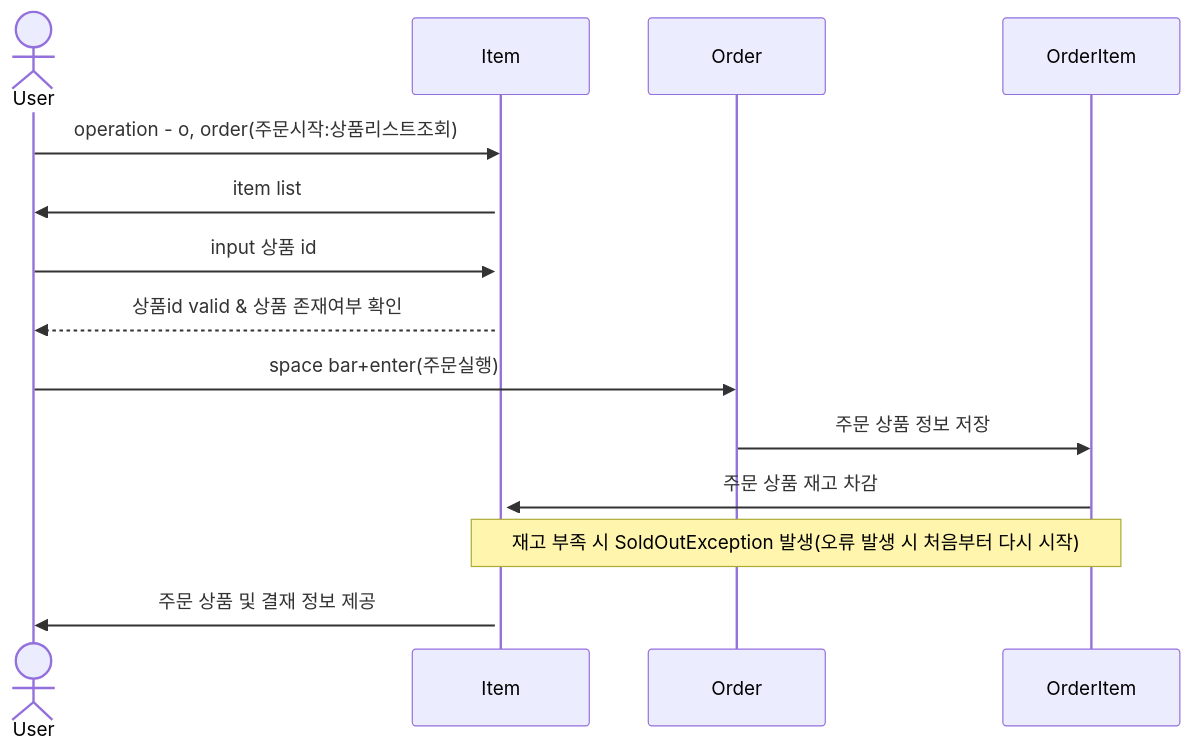
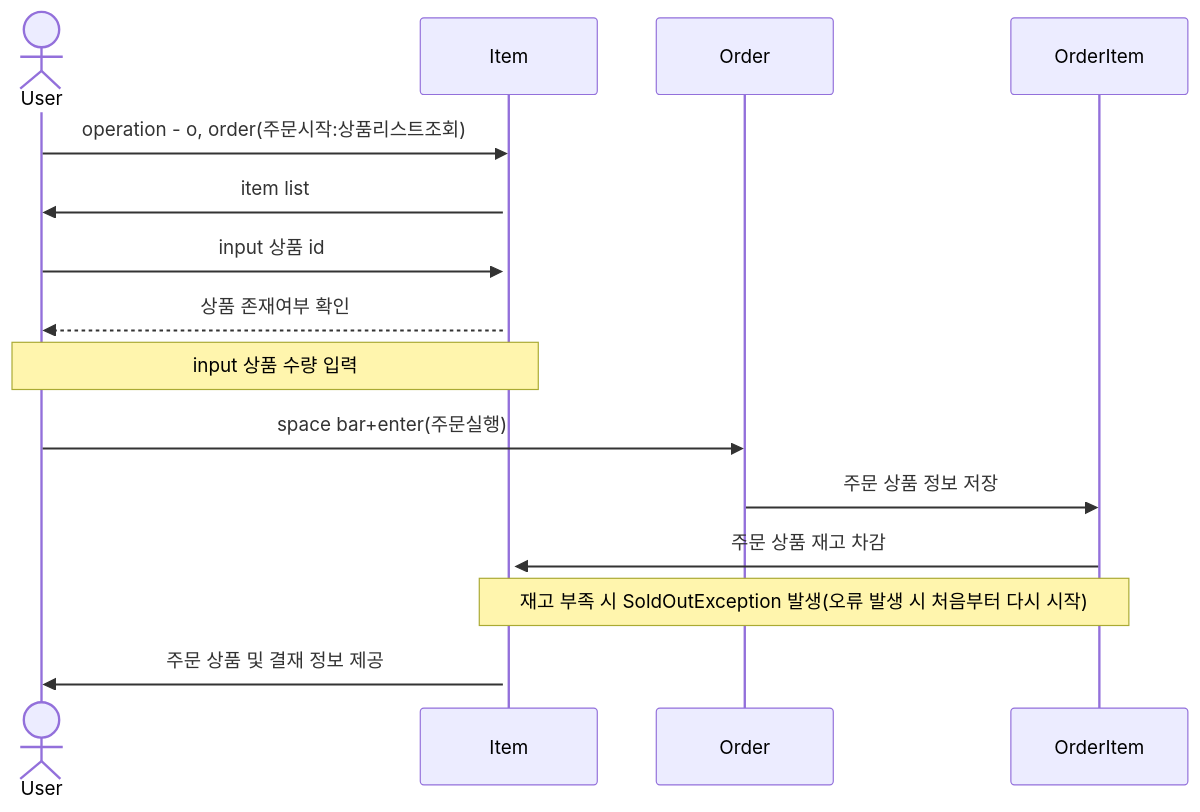
Before and after one commit to chaechaeyi/console_order_program: the diagram in README.md, drawn with Mermaid.

````diff
--- a/README.md
+++ b/README.md
@@ -22,17 +22,18 @@
 ```mermaid
 sequenceDiagram
     actor User
     participant Item
     participant Order
     participant OrderItem
     User->>Item: operation - o, order(주문시작:상품리스트조회)
     activate Item
     Item->>User: item list
     User->>Item: input 상품 id
-    Item-->>User: 상품id valid & 상품 존재여부 확인
+    Item-->>User: 상품 존재여부 확인
+    Note over User, Item: input 상품 수량 입력
     User->>Order: space bar+enter(주문실행)
     Order->>OrderItem: 주문 상품 정보 저장
     OrderItem->>Item: 주문 상품 재고 차감
     Note over Item, OrderItem: 재고 부족 시 SoldOutException 발생(오류 발생 시 처음부터 다시 시작)  
     Item->>User: 주문 상품 및 결재 정보 제공    
 ```
````
